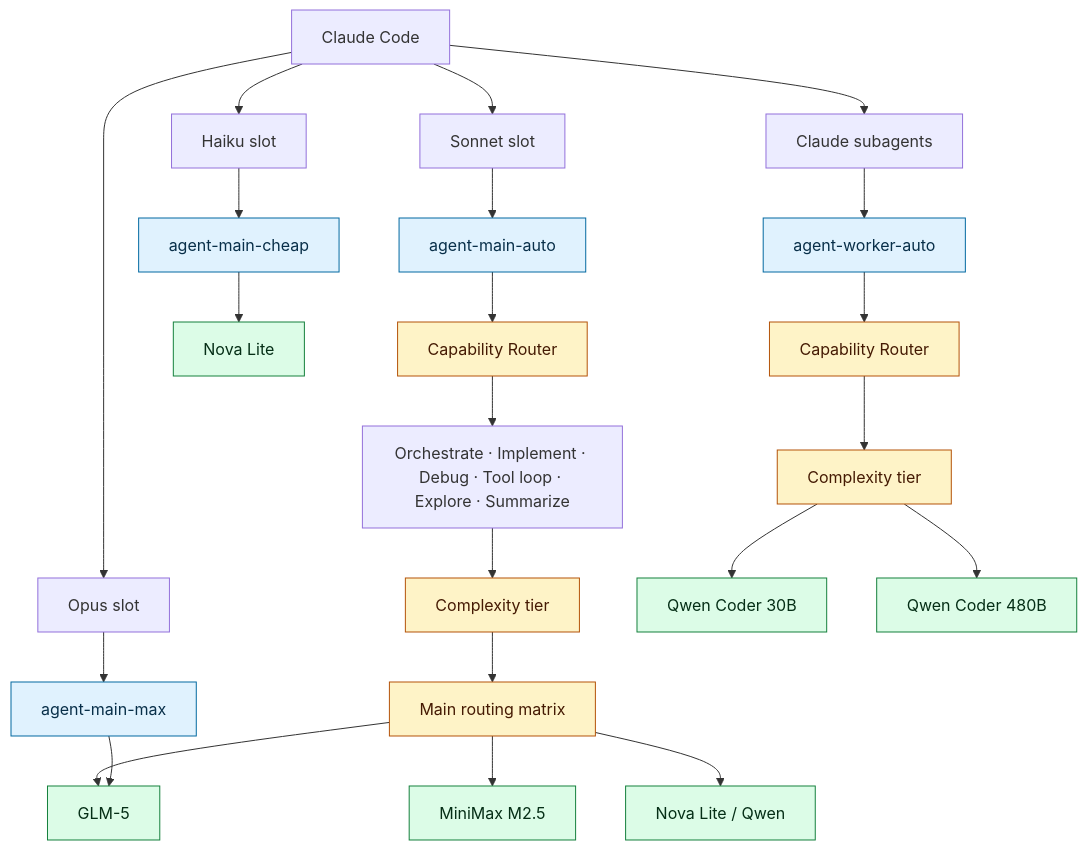
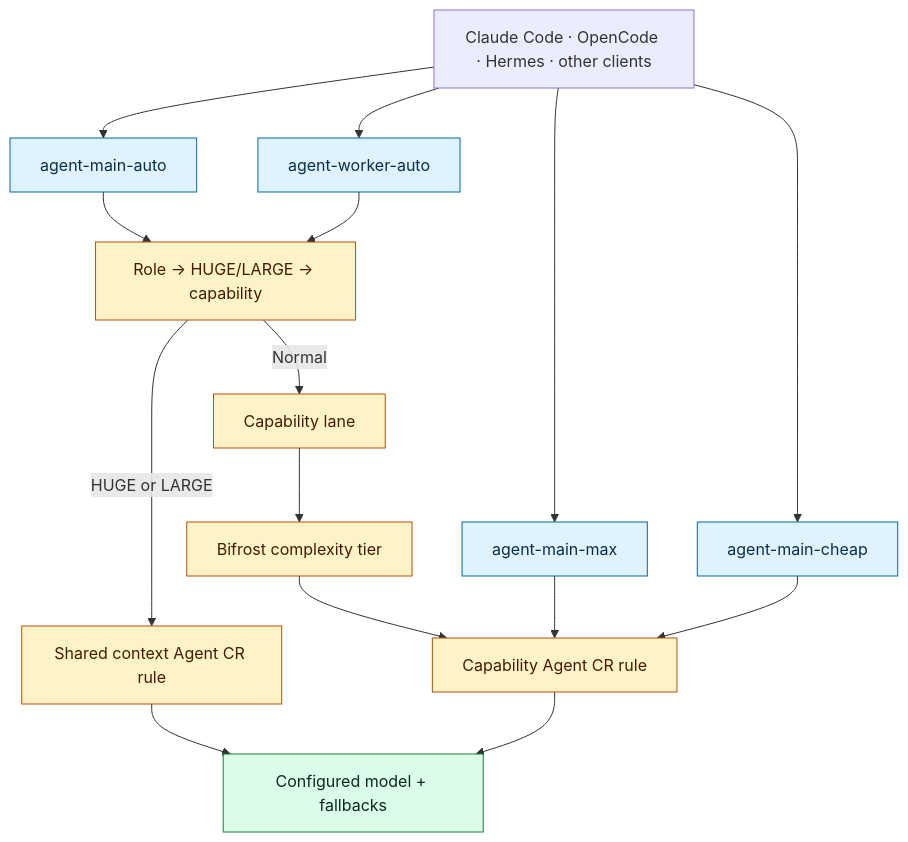
The third of 3 diagrams in README.md (codex-corp/bifrost-capability-plugin), drawn with Mermaid before and after one commit. The commit also changed other lines of this file and 15 other files, not shown here.

First line of the commit message:
feat: add large-scope and huge-context routing lanes

````diff
--- a/README.md
+++ b/README.md
@@ -53,37 +67,27 @@
 ```mermaid
 flowchart TD
-    CC["Claude Code"]
+    CLIENTS["Claude Code · OpenCode · Hermes · other clients"]
+    CLIENTS --> MAIN_AUTO["agent-main-auto"]
+    CLIENTS --> WORKER_AUTO["agent-worker-auto"]
+    CLIENTS --> MAIN_MAX["agent-main-max"]
+    CLIENTS --> MAIN_CHEAP["agent-main-cheap"]
 
-    CC --> SONNET["Sonnet slot"]
-    CC --> OPUS["Opus slot"]
-    CC --> HAIKU["Haiku slot"]
-    CC --> SUB["Claude subagents"]
+    MAIN_AUTO --> ROUTER["Role → HUGE/LARGE → capability"]
+    WORKER_AUTO --> ROUTER
+    ROUTER -->|"HUGE or LARGE"| SHARED["Shared context Agent CR rule"]
+    ROUTER -->|"Normal"| CAPABILITY["Capability lane"]
+    CAPABILITY --> COMPLEXITY["Bifrost complexity tier"]
+    COMPLEXITY --> RULES["Capability Agent CR rule"]
+    SHARED --> MODELS["Configured model + fallbacks"]
+    RULES --> MODELS
 
-    SONNET --> MAIN_AUTO["agent-main-auto"]
-    OPUS --> MAIN_MAX["agent-main-max"]
-    HAIKU --> MAIN_CHEAP["agent-main-cheap"]
-    SUB --> WORKER_AUTO["agent-worker-auto"]
-
-    MAIN_AUTO --> MAIN_CAP["Capability Router"]
-    MAIN_CAP --> MAIN_KIND["Orchestrate · Implement · Debug · Tool loop · Explore · Summarize"]
-    MAIN_KIND --> MAIN_EFFORT["Complexity tier"]
-    MAIN_EFFORT --> MATRIX["Main routing matrix"]
-    MATRIX --> GLM["GLM-5"]
-    MATRIX --> MINIMAX["MiniMax M2.5"]
-    MATRIX --> INFO["Nova Lite / Qwen"]
-
-    MAIN_MAX --> GLM
-    MAIN_CHEAP --> NOVA["Nova Lite"]
-
-    WORKER_AUTO --> WORKER_CAP["Capability Router"]
-    WORKER_CAP --> WORKER_EFFORT["Complexity tier"]
-    WORKER_EFFORT --> Q30["Qwen Coder 30B"]
-    WORKER_EFFORT --> Q480["Qwen Coder 480B"]
+    MAIN_MAX --> RULES
+    MAIN_CHEAP --> RULES
 
     classDef entry fill:#e0f2fe,stroke:#0369a1,color:#082f49;
     classDef router fill:#fef3c7,stroke:#b45309,color:#451a03;
     classDef model fill:#dcfce7,stroke:#15803d,color:#052e16;
     class MAIN_AUTO,MAIN_MAX,MAIN_CHEAP,WORKER_AUTO entry;
-    class MAIN_CAP,MAIN_EFFORT,MATRIX,WORKER_CAP,WORKER_EFFORT router;
-    class GLM,MINIMAX,INFO,NOVA,Q30,Q480 model;
+    class ROUTER,SHARED,CAPABILITY,COMPLEXITY,RULES router;
+    class MODELS model;
 ```
````
